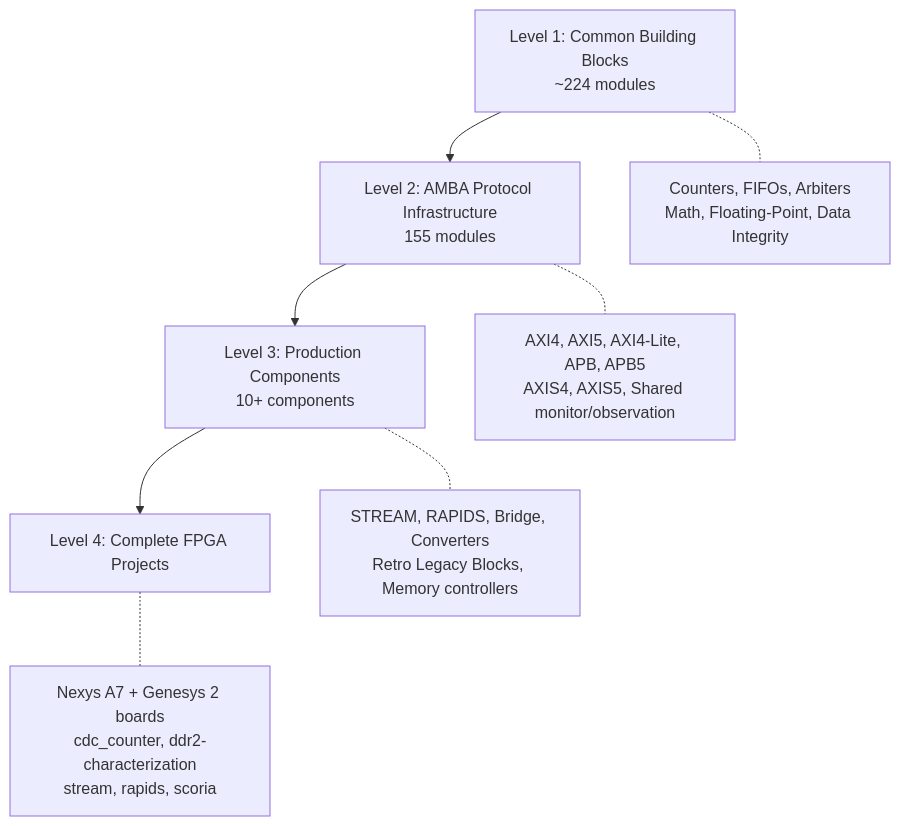
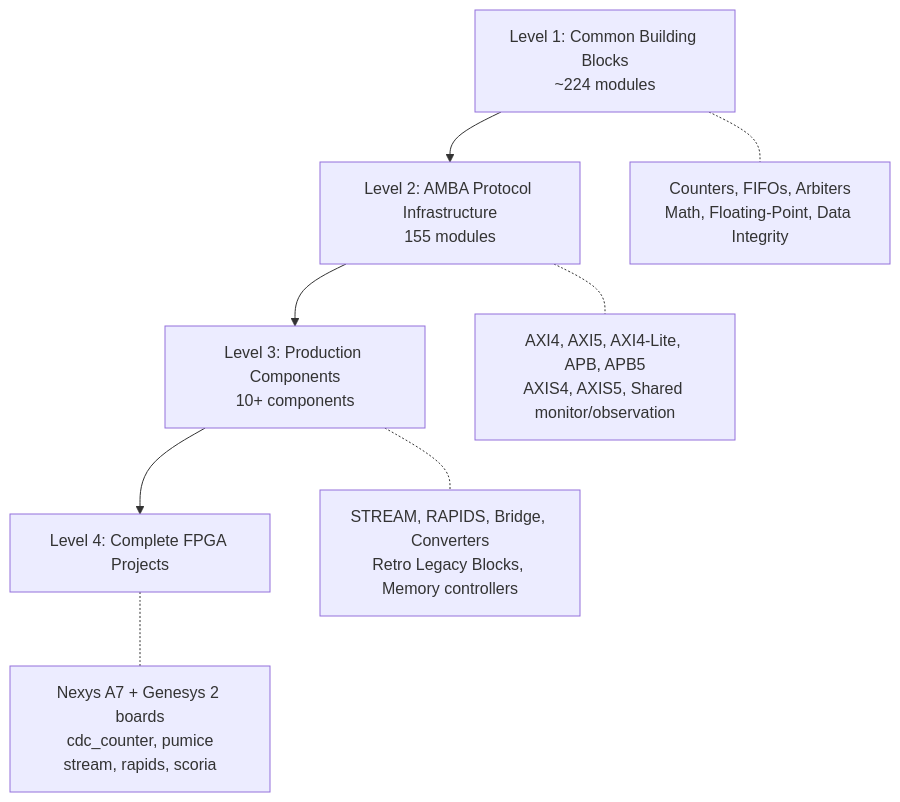
One commit to sean-galloway/RTLDesignSherpa changed the diagram in README.md. Above: the diagram before and after it, drawn with Mermaid. The commit also changed other lines of this file and 1 other file, not shown here.

First line of the commit message:
docs(readme): monitor section after AMBA, pumice campaign row, BCH RTL status

````diff
--- a/README.md
+++ b/README.md
@@ -76,16 +76,16 @@
 ```mermaid
 graph TD
     L1[Level 1: Common Building Blocks<br/>~224 modules] --> L2[Level 2: AMBA Protocol Infrastructure<br/>155 modules]
     L2 --> L4[Level 3: Production Components<br/>10+ components]
     L4 --> L5[Level 4: Complete FPGA Projects]
 
     L1 -.- L1D[Counters, FIFOs, Arbiters<br/>Math, Floating-Point, Data Integrity]
     L2 -.- L2D[AXI4, AXI5, AXI4-Lite, APB, APB5<br/>AXIS4, AXIS5, Shared monitor/observation]
     L4 -.- L4D[STREAM, RAPIDS, Bridge, Converters<br/>Retro Legacy Blocks, Memory controllers]
-    L5 -.- L5D[Nexys A7 + Genesys 2 boards<br/>cdc_counter, ddr2-characterization<br/>stream, rapids, scoria]
+    L5 -.- L5D[Nexys A7 + Genesys 2 boards<br/>cdc_counter, pumice<br/>stream, rapids, scoria]
 
     click L1 "rtl/common/" "Common Building Blocks"
     click L2 "rtl/amba/" "AMBA Protocol Infrastructure"
     click L4 "projects/components/" "Production Components"
     click L5 "projects/fpga-systems/" "FPGA Projects"
 ```
````
